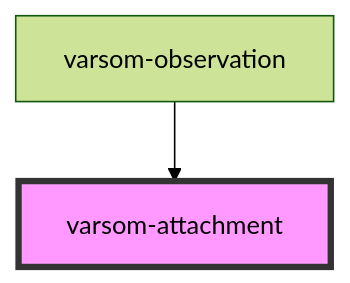
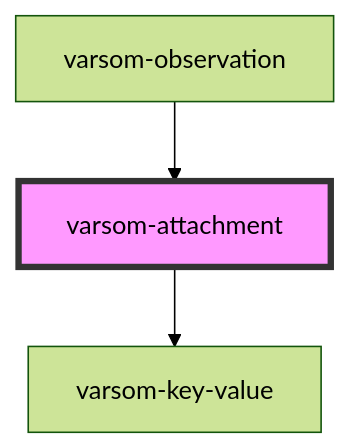
One commit to NVE/varsom-observation changed the diagram in observasjonskort/src/components/varsom-attachment/readme.md. Above: the diagram before and after it, drawn with Mermaid (forest theme). The commit also changed other lines of this file and 10 other files, not shown here.

````diff
--- a/observasjonskort/src/components/varsom-attachment/readme.md
+++ b/observasjonskort/src/components/varsom-attachment/readme.md
@@ -34,5 +38,6 @@
 ```mermaid
 graph TD;
+  varsom-attachment --> varsom-key-value
   varsom-observation --> varsom-attachment
   style varsom-attachment fill:#f9f,stroke:#333,stroke-width:4px
 ```
````
